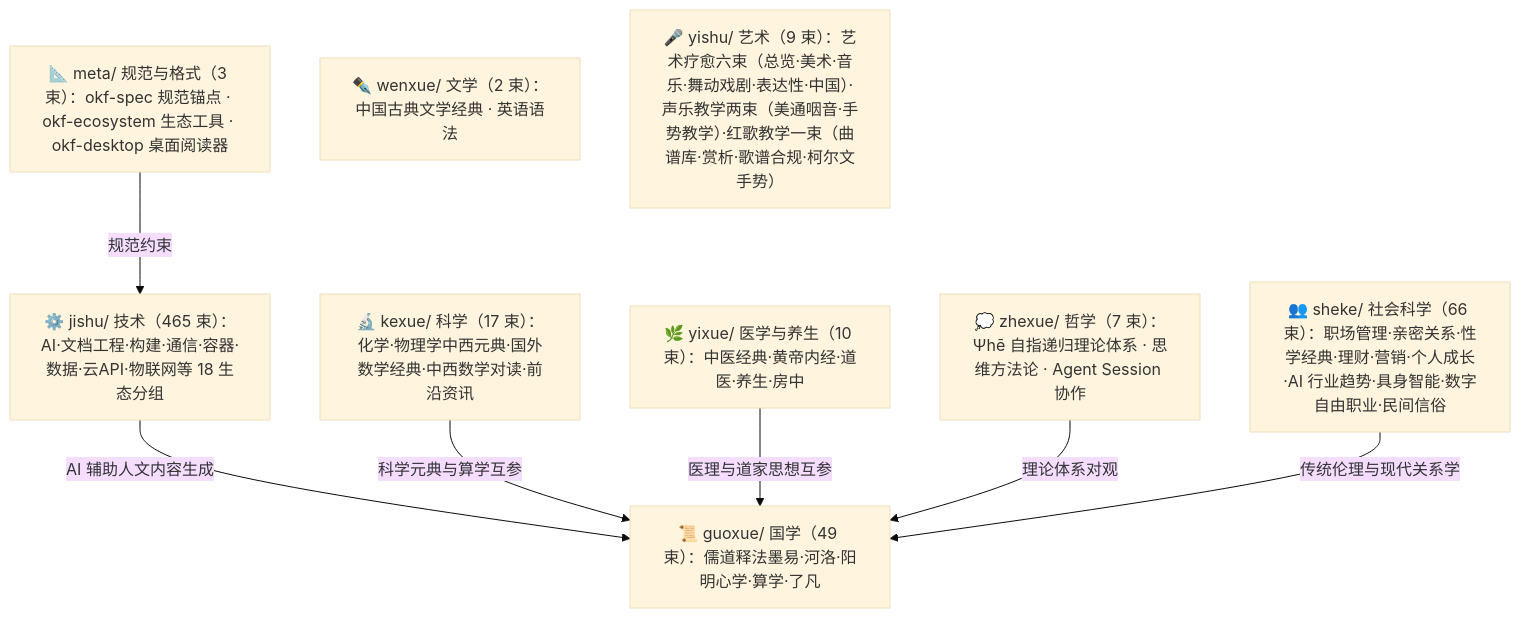
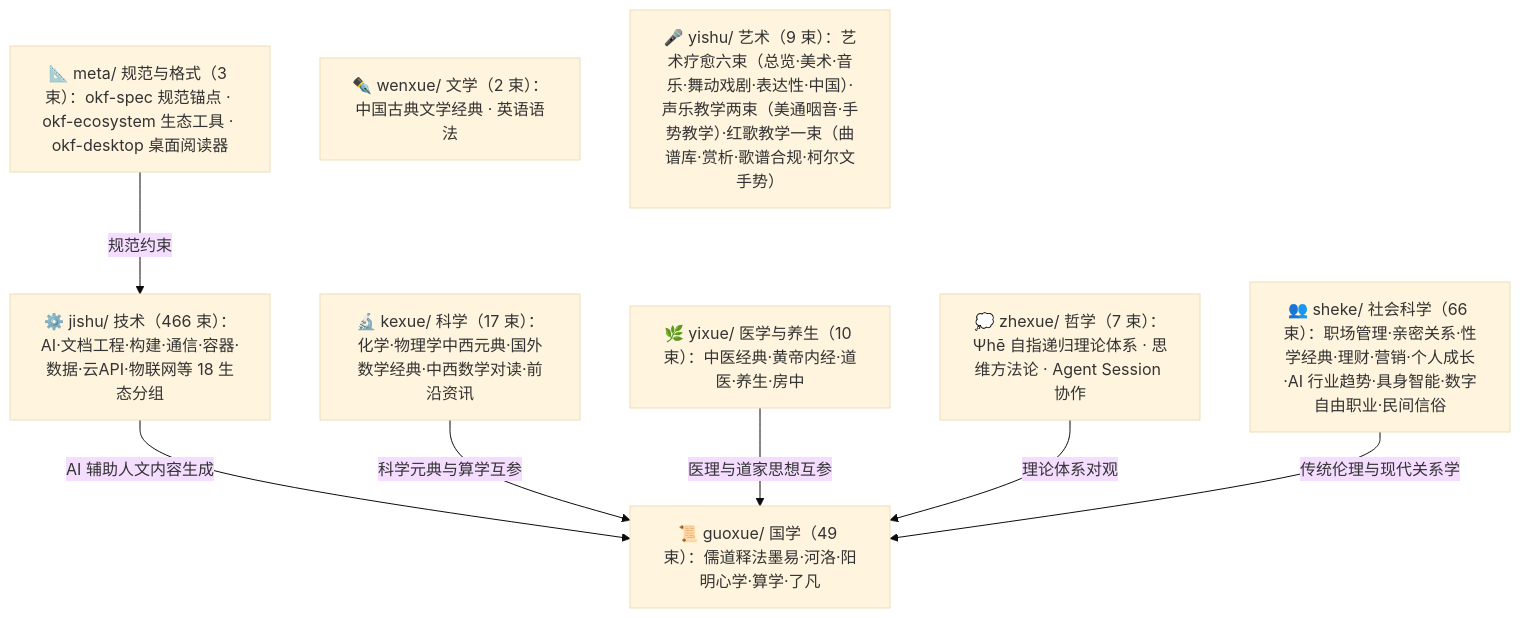
One commit to awesome-flexloop/awesome-okf changed the diagram in doc/bundles/index.md. Above: the diagram before and after it, drawn with Mermaid (base theme). The commit also changed other lines of this file and 25 other files, not shown here.

````diff
--- a/doc/bundles/index.md
+++ b/doc/bundles/index.md
@@ -21,18 +21,18 @@
 ```mermaid
 flowchart TD
     meta["📐 meta/ 规范与格式（3 束）：okf-spec 规范锚点 · okf-ecosystem 生态工具 · okf-desktop 桌面阅读器"]
     guoxue["📜 guoxue/ 国学（49 束）：儒道释法墨易·河洛·阳明心学·算学·了凡"]
     zhexue["💭 zhexue/ 哲学（7 束）：Ψhē 自指递归理论体系 · 思维方法论 · Agent Session 协作"]
     kexue["🔬 kexue/ 科学（17 束）：化学·物理学中西元典·国外数学经典·中西数学对读·前沿资讯"]
     wenxue["✒️ wenxue/ 文学（2 束）：中国古典文学经典 · 英语语法"]
     yixue["🌿 yixue/ 医学与养生（10 束）：中医经典·黄帝内经·道医·养生·房中"]
     sheke["👥 sheke/ 社会科学（66 束）：职场管理·亲密关系·性学经典·理财·营销·个人成长·AI 行业趋势·具身智能·数字自由职业·民间信俗"]
     yishu["🎤 yishu/ 艺术（9 束）：艺术疗愈六束（总览·美术·音乐·舞动戏剧·表达性·中国）·声乐教学两束（美通咽音·手势教学）·红歌教学一束（曲谱库·赏析·歌谱合规·柯尔文手势）"]
-    jishu["⚙️ jishu/ 技术（465 束）：AI·文档工程·构建·通信·容器·数据·云API·物联网等 18 生态分组"]
+    jishu["⚙️ jishu/ 技术（466 束）：AI·文档工程·构建·通信·容器·数据·云API·物联网等 18 生态分组"]
     meta -->|"规范约束"| jishu
     jishu -->|"AI 辅助人文内容生成"| guoxue
     kexue -->|"科学元典与算学互参"| guoxue
     yixue -->|"医理与道家思想互参"| guoxue
     zhexue -->|"理论体系对观"| guoxue
     sheke -->|"传统伦理与现代关系学"| guoxue
 ```
````
